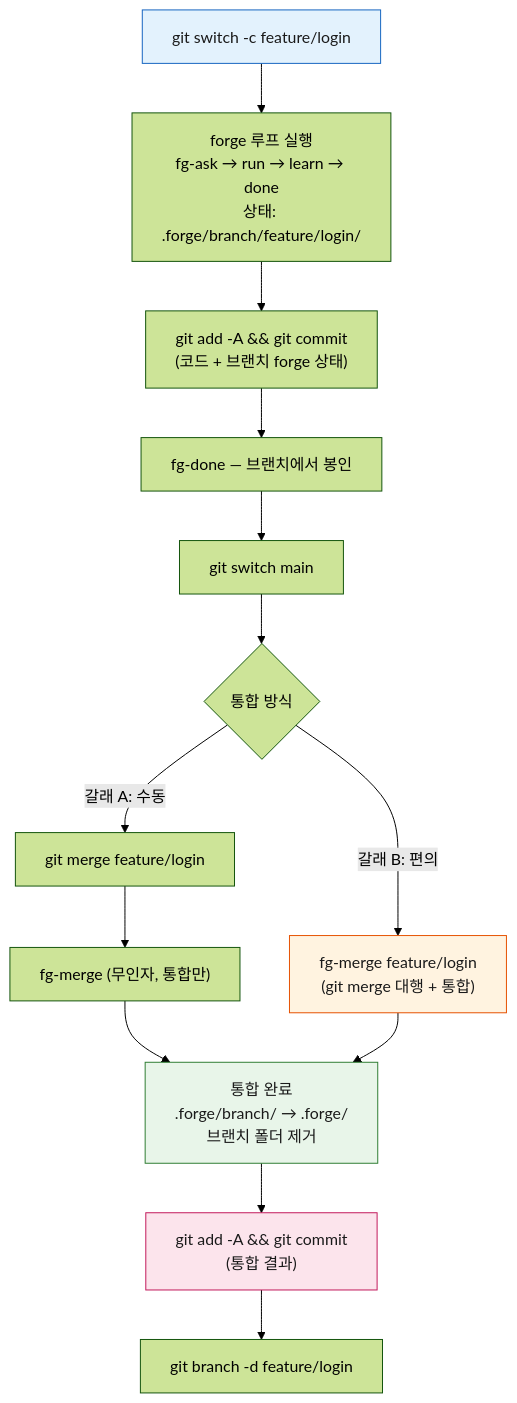
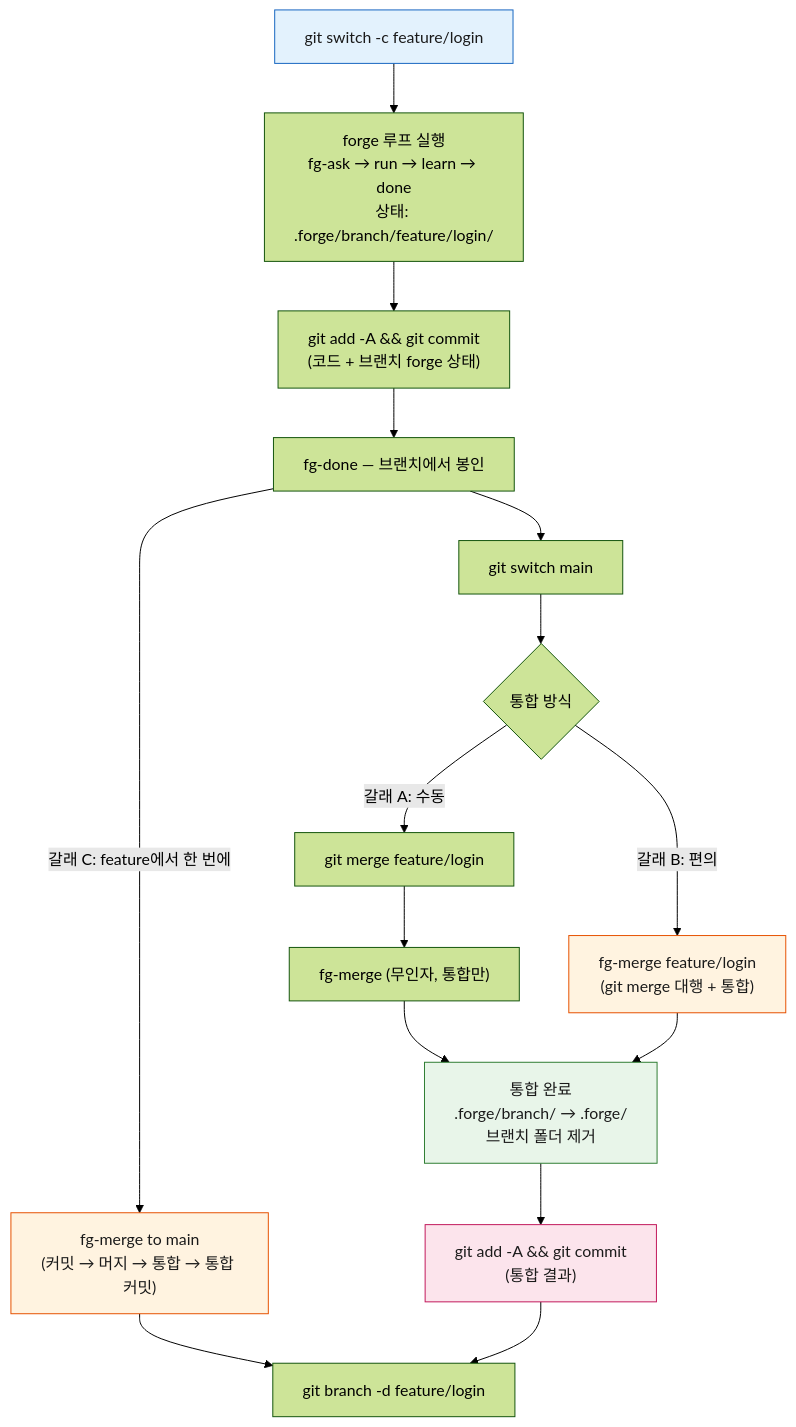
One commit to gyuha/forge changed the diagram in docs/git-workflow.md. Above: the diagram before and after it, drawn with Mermaid (forest theme). The commit also changed other lines of this file and 15 other files, not shown here.

````diff
--- a/docs/git-workflow.md
+++ b/docs/git-workflow.md
@@ -120,20 +123,23 @@
 ```mermaid
 flowchart TD
     A["git switch -c feature/login"] --> B["forge 루프 실행<br/>fg-ask → run → learn → done<br/>상태: .forge/branch/feature/login/"]
     B --> C["git add -A && git commit<br/>(코드 + 브랜치 forge 상태)"]
     C --> D["fg-done — 브랜치에서 봉인"]
     D --> E["git switch main"]
     E --> F{"통합 방식"}
     F -->|"갈래 A: 수동"| G["git merge feature/login"]
     G --> H["fg-merge (무인자, 통합만)"]
     F -->|"갈래 B: 편의"| I["fg-merge feature/login<br/>(git merge 대행 + 통합)"]
+    D -->|"갈래 C: feature에서 한 번에"| M["fg-merge to main<br/>(커밋 → 머지 → 통합 → 통합 커밋)"]
+    M --> L
     H --> J["통합 완료<br/>.forge/branch/ → .forge/<br/>브랜치 폴더 제거"]
     I --> J
     J --> K["git add -A && git commit<br/>(통합 결과)"]
     K --> L["git branch -d feature/login"]
 
     style A fill:#e3f2fd,stroke:#1565c0,color:#1a1a1a
     style I fill:#fff3e0,stroke:#e65100,color:#1a1a1a
+    style M fill:#fff3e0,stroke:#e65100,color:#1a1a1a
     style J fill:#e8f5e9,stroke:#2e7d32,color:#1a1a1a
     style K fill:#fce4ec,stroke:#c2185b,color:#1a1a1a
 ```
````
